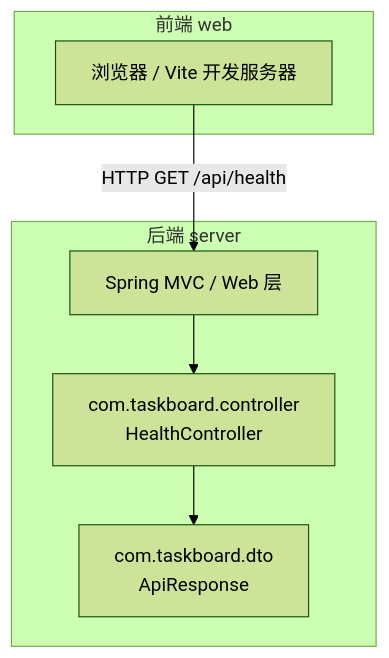
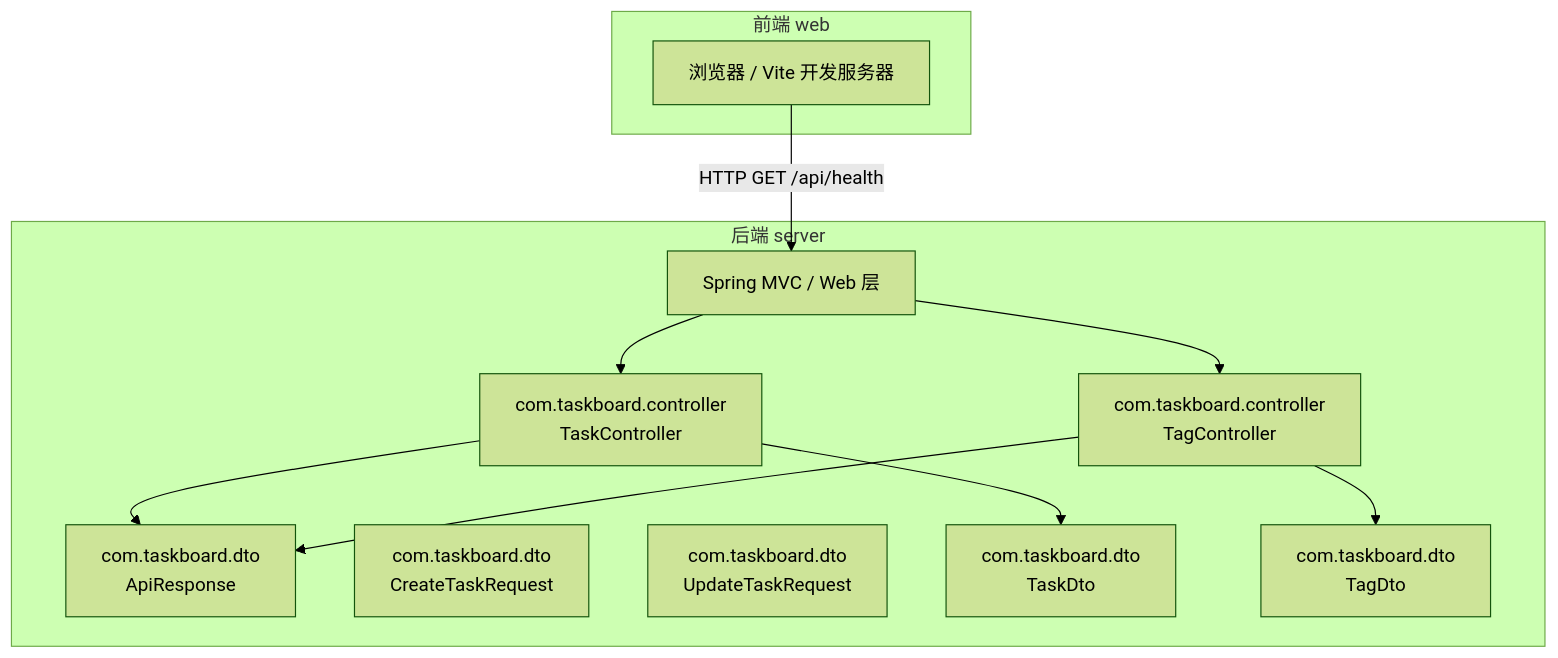
Before and after one commit to zhou9832/test1-qoder: the first of 6 diagrams in .qoder/repowiki/zh/content/后端架构/数据传输对象.md, drawn with Mermaid (forest theme). The commit also changed other lines of this file and 92 other files, not shown here.

````diff
--- a/.qoder/repowiki/zh/content/后端架构/数据传输对象.md
+++ b/.qoder/repowiki/zh/content/后端架构/数据传输对象.md
@@ -29,14 +45,23 @@
 ```mermaid
 graph TB
 subgraph "后端 server"
 A["com.taskboard.dto<br/>ApiResponse<T>"]
-B["com.taskboard.controller<br/>HealthController"]
-C["Spring MVC / Web 层"]
+B["com.taskboard.dto<br/>CreateTaskRequest"]
+C["com.taskboard.dto<br/>UpdateTaskRequest"]
+D["com.taskboard.dto<br/>TaskDto"]
+E["com.taskboard.dto<br/>TagDto"]
+F["com.taskboard.controller<br/>TaskController"]
+G["com.taskboard.controller<br/>TagController"]
+H["Spring MVC / Web 层"]
 end
 subgraph "前端 web"
-D["浏览器 / Vite 开发服务器"]
+I["浏览器 / Vite 开发服务器"]
 end
-D --> |HTTP GET /api/health| C
-C --> B
-B --> A
+I --> |HTTP GET /api/health| H
+H --> F
+H --> G
+F --> A
+G --> A
+F --> D
+G --> E
 ```
````
